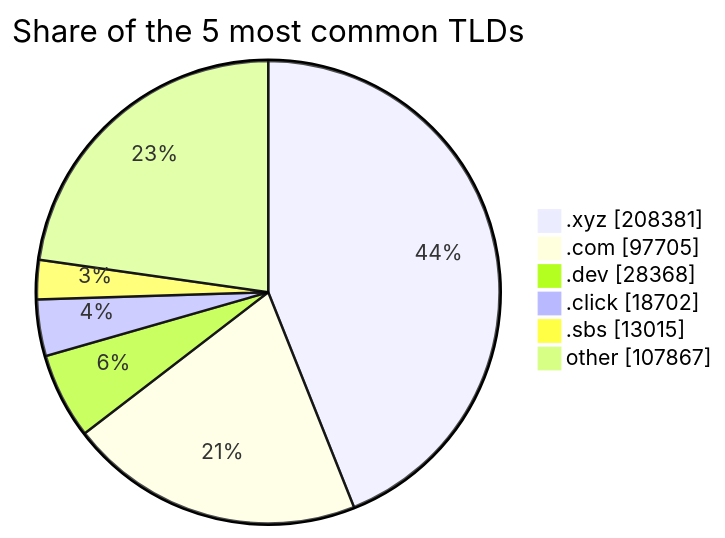
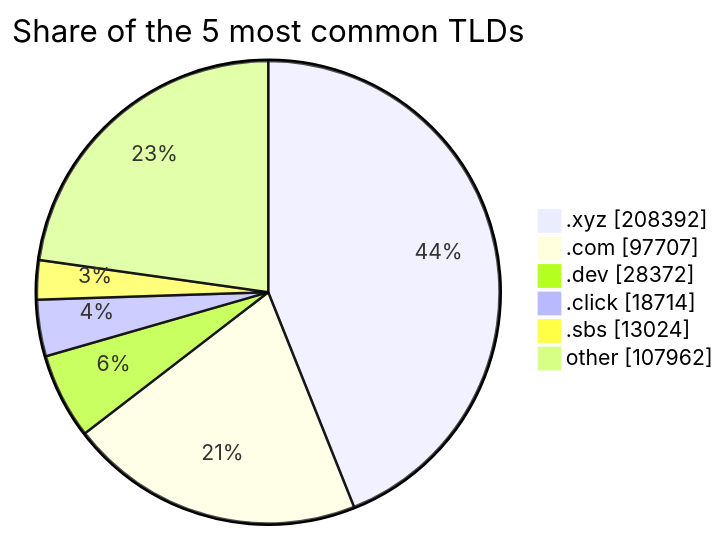
The second of 2 diagrams in README.md (DNSBunker/CTI), drawn with Mermaid before and after one commit. The commit also changed other lines of this file and 3 other files, not shown here.

````diff
--- a/README.md
+++ b/README.md
@@ -72,9 +72,9 @@
 ```mermaid
 pie showData title Share of the 5 most common TLDs
-    ".xyz" : 208381
-    ".com" : 97705
-    ".dev" : 28368
-    ".click" : 18702
-    ".sbs" : 13015
-    "other" : 107867
+    ".xyz" : 208392
+    ".com" : 97707
+    ".dev" : 28372
+    ".click" : 18714
+    ".sbs" : 13024
+    "other" : 107962
 ```
````
